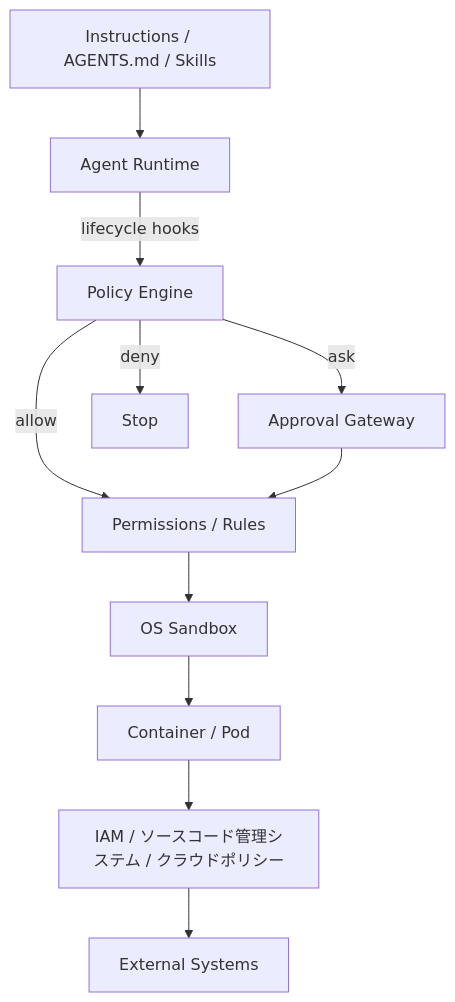
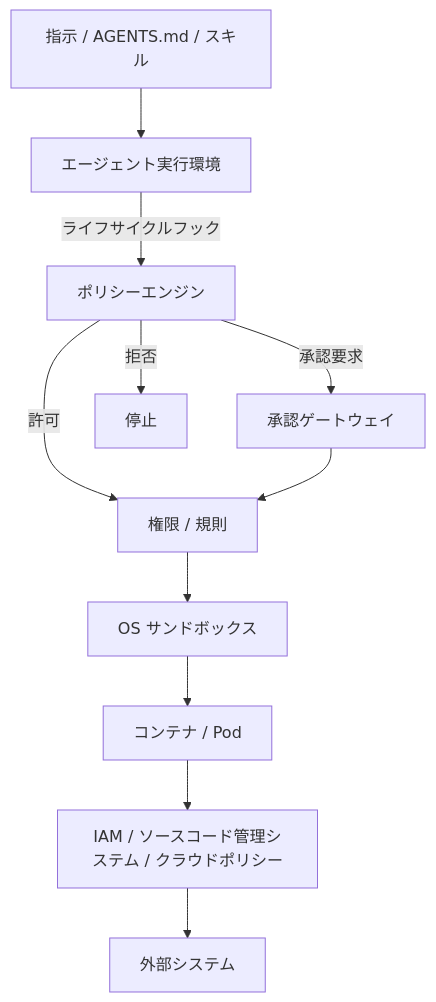
One commit to tomo-chan/agent-harness changed the first of 2 diagrams in README.ja.md. Above: the diagram before and after it, drawn with Mermaid. The commit also changed other lines of this file and 5 other files, not shown here.

Commit message:
docs: 日本語仕様の用語と図を統一

````diff
--- a/README.ja.md
+++ b/README.ja.md
@@ -11,13 +11,13 @@
 ```mermaid
 flowchart TD
-    A[Instructions / AGENTS.md / Skills] --> B[Agent Runtime]
-    B -->|lifecycle hooks| C[Policy Engine]
-    C -->|allow| D[Permissions / Rules]
-    C -->|ask| E[Approval Gateway]
-    C -->|deny| X[Stop]
+    A[指示 / AGENTS.md / スキル] --> B[エージェント実行環境]
+    B -->|ライフサイクルフック| C[ポリシーエンジン]
+    C -->|許可| D[権限 / 規則]
+    C -->|承認要求| E[承認ゲートウェイ]
+    C -->|拒否| X[停止]
     E --> D
-    D --> F[OS Sandbox]
-    F --> G[Container / Pod]
+    D --> F[OS サンドボックス]
+    F --> G[コンテナ / Pod]
     G --> H[IAM / ソースコード管理システム / クラウドポリシー]
-    H --> I[External Systems]
+    H --> I[外部システム]
 ```
````
